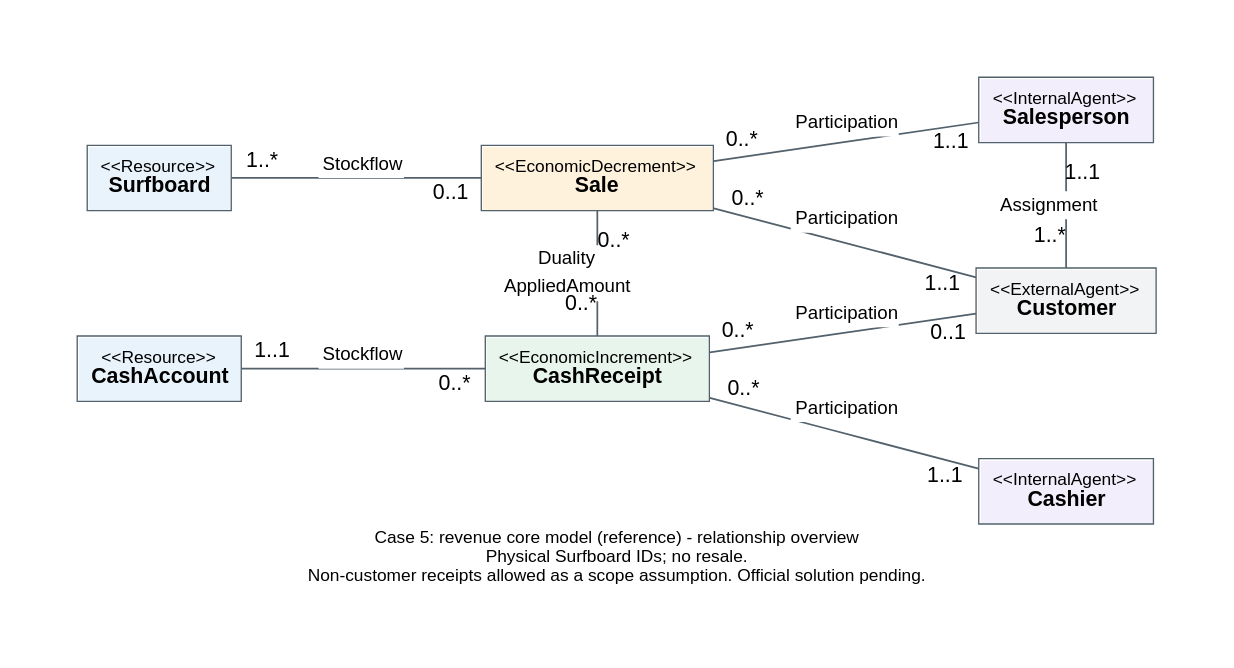
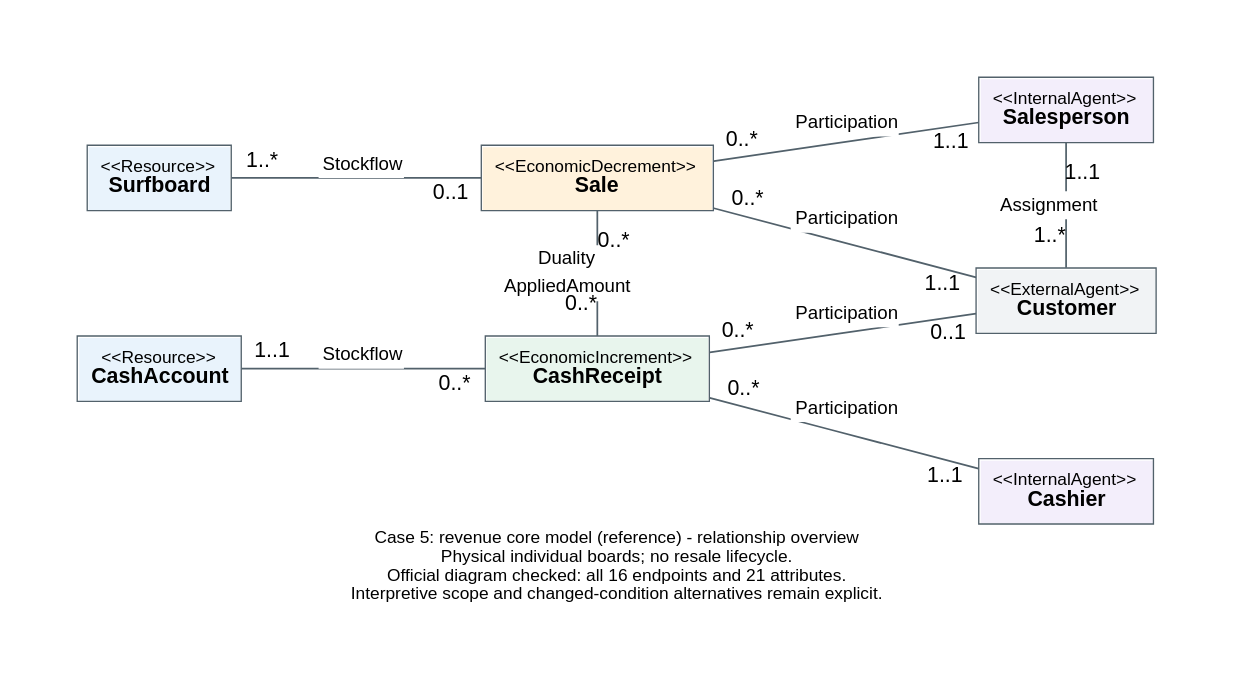
The diagram in AC6761_Artificial_Intelligence_Accounting/assignment/practice/work/case5-revenue-core/case5-overview.dot (CercaTrovato/cityu-ai-course-notes), drawn with Graphviz before and after one commit. The commit also changed 83 other files, not shown here.

First line of the commit message:
完成 AC6761 Case5 全篇重审与官图来源核对

```diff
--- a/AC6761_Artificial_Intelligence_Accounting/assignment/practice/work/case5-revenue-core/case5-overview.dot
+++ b/AC6761_Artificial_Intelligence_Accounting/assignment/practice/work/case5-revenue-core/case5-overview.dot
@@ -1,28 +1,28 @@
 digraph CityUModel {
 graph [rankdir=LR, nodesep=0.65, ranksep=1.6, splines=polyline, pad=0.7, bgcolor="white", outputorder=edgesfirst];
 node [shape=plain, fontname="Arial", fontsize=16];
 edge [dir=none, fontname="Arial", fontsize=14, labelfontname="Arial", labelfontsize=16, color="#52616b", labeldistance=2.6, labelangle=28, penwidth=1.3];
-graph [label="Case 5: revenue core model (reference) - relationship overview\nPhysical Surfboard IDs; no resale.\nNon-customer receipts allowed as a scope assumption. Official solution pending.",labelloc=b,fontname="Arial",fontsize=13];
+graph [label="Case 5: revenue core model (reference) - relationship overview\nPhysical individual boards; no resale lifecycle.\nOfficial diagram checked: all 16 endpoints and 21 attributes.\nInterpretive scope and changed-condition alternatives remain explicit.",labelloc=b,fontname="Arial",fontsize=13];
 "Surfboard" [id="node-Surfboard",label=<<TABLE BORDER="1" CELLBORDER="0" CELLSPACING="0" CELLPADDING="9" COLOR="#52616b"><TR><TD BGCOLOR="#e9f3fc" ALIGN="CENTER"><FONT POINT-SIZE="13">&lt;&lt;Resource&gt;&gt;</FONT><BR/><B>Surfboard</B></TD></TR></TABLE>>];
 "CashAccount" [id="node-CashAccount",label=<<TABLE BORDER="1" CELLBORDER="0" CELLSPACING="0" CELLPADDING="9" COLOR="#52616b"><TR><TD BGCOLOR="#e9f3fc" ALIGN="CENTER"><FONT POINT-SIZE="13">&lt;&lt;Resource&gt;&gt;</FONT><BR/><B>CashAccount</B></TD></TR></TABLE>>];
 "Cashier" [id="node-Cashier",label=<<TABLE BORDER="1" CELLBORDER="0" CELLSPACING="0" CELLPADDING="9" COLOR="#52616b"><TR><TD BGCOLOR="#f3eefb" ALIGN="CENTER"><FONT POINT-SIZE="13">&lt;&lt;InternalAgent&gt;&gt;</FONT><BR/><B>Cashier</B></TD></TR></TABLE>>];
 "CashReceipt" [id="node-CashReceipt",label=<<TABLE BORDER="1" CELLBORDER="0" CELLSPACING="0" CELLPADDING="9" COLOR="#52616b"><TR><TD BGCOLOR="#e8f5ed" ALIGN="CENTER"><FONT POINT-SIZE="13">&lt;&lt;EconomicIncrement&gt;&gt;</FONT><BR/><B>CashReceipt</B></TD></TR></TABLE>>];
 "Customer" [id="node-Customer",label=<<TABLE BORDER="1" CELLBORDER="0" CELLSPACING="0" CELLPADDING="9" COLOR="#52616b"><TR><TD BGCOLOR="#f1f3f5" ALIGN="CENTER"><FONT POINT-SIZE="13">&lt;&lt;ExternalAgent&gt;&gt;</FONT><BR/><B>Customer</B></TD></TR></TABLE>>];
 "Salesperson" [id="node-Salesperson",label=<<TABLE BORDER="1" CELLBORDER="0" CELLSPACING="0" CELLPADDING="9" COLOR="#52616b"><TR><TD BGCOLOR="#f3eefb" ALIGN="CENTER"><FONT POINT-SIZE="13">&lt;&lt;InternalAgent&gt;&gt;</FONT><BR/><B>Salesperson</B></TD></TR></TABLE>>];
 "Sale" [id="node-Sale",label=<<TABLE BORDER="1" CELLBORDER="0" CELLSPACING="0" CELLPADDING="9" COLOR="#52616b"><TR><TD BGCOLOR="#fff2dc" ALIGN="CENTER"><FONT POINT-SIZE="13">&lt;&lt;EconomicDecrement&gt;&gt;</FONT><BR/><B>Sale</B></TD></TR></TABLE>>];
 subgraph column_0 { rank=same; "Surfboard"; "CashAccount"; }
 subgraph column_1 { rank=same; "Sale"; "CashReceipt"; }
 subgraph column_2 { rank=same; "Salesperson"; "Customer"; "Cashier"; }
 "Surfboard" -> "CashAccount" [style=invis,weight=100];
 "Sale" -> "CashReceipt" [style=invis,weight=100];
 "Salesperson" -> "Customer" [style=invis,weight=100];
 "Customer" -> "Cashier" [style=invis,weight=100];
 "Sale" -> "CashReceipt" [id="edge-E1",taillabel="0..*",headlabel="0..*",label=<<TABLE BORDER="0" CELLBORDER="0" CELLSPACING="0" CELLPADDING="3" BGCOLOR="white"><TR><TD>Duality</TD></TR><TR><TD>AppliedAmount</TD></TR></TABLE>>,constraint=false,minlen=1];
 "Surfboard" -> "Sale" [id="edge-E2",taillabel="1..*",headlabel="0..1",label=<<TABLE BORDER="0" CELLBORDER="0" CELLSPACING="0" CELLPADDING="3" BGCOLOR="white"><TR><TD>Stockflow</TD></TR></TABLE>>,constraint=true,minlen=1];
 "CashAccount" -> "CashReceipt" [id="edge-E3",taillabel="1..1",headlabel="0..*",label=<<TABLE BORDER="0" CELLBORDER="0" CELLSPACING="0" CELLPADDING="3" BGCOLOR="white"><TR><TD>Stockflow</TD></TR></TABLE>>,constraint=true,minlen=1];
 "Sale" -> "Salesperson" [id="edge-E4",taillabel="0..*",headlabel="1..1",label=<<TABLE BORDER="0" CELLBORDER="0" CELLSPACING="0" CELLPADDING="3" BGCOLOR="white"><TR><TD>Participation</TD></TR></TABLE>>,constraint=true,minlen=1];
 "CashReceipt" -> "Cashier" [id="edge-E5",taillabel="0..*",headlabel="1..1",label=<<TABLE BORDER="0" CELLBORDER="0" CELLSPACING="0" CELLPADDING="3" BGCOLOR="white"><TR><TD>Participation</TD></TR></TABLE>>,constraint=true,minlen=1];
 "Sale" -> "Customer" [id="edge-E6",taillabel="0..*",headlabel="1..1",label=<<TABLE BORDER="0" CELLBORDER="0" CELLSPACING="0" CELLPADDING="3" BGCOLOR="white"><TR><TD>Participation</TD></TR></TABLE>>,constraint=true,minlen=1];
 "CashReceipt" -> "Customer" [id="edge-E7",taillabel="0..*",headlabel="0..1",label=<<TABLE BORDER="0" CELLBORDER="0" CELLSPACING="0" CELLPADDING="3" BGCOLOR="white"><TR><TD>Participation</TD></TR></TABLE>>,constraint=true,minlen=1];
 "Salesperson" -> "Customer" [id="edge-E8",taillabel="1..1",headlabel="1..*",label=<<TABLE BORDER="0" CELLBORDER="0" CELLSPACING="0" CELLPADDING="3" BGCOLOR="white"><TR><TD>Assignment</TD></TR></TABLE>>,constraint=false,minlen=1];
 }
```
